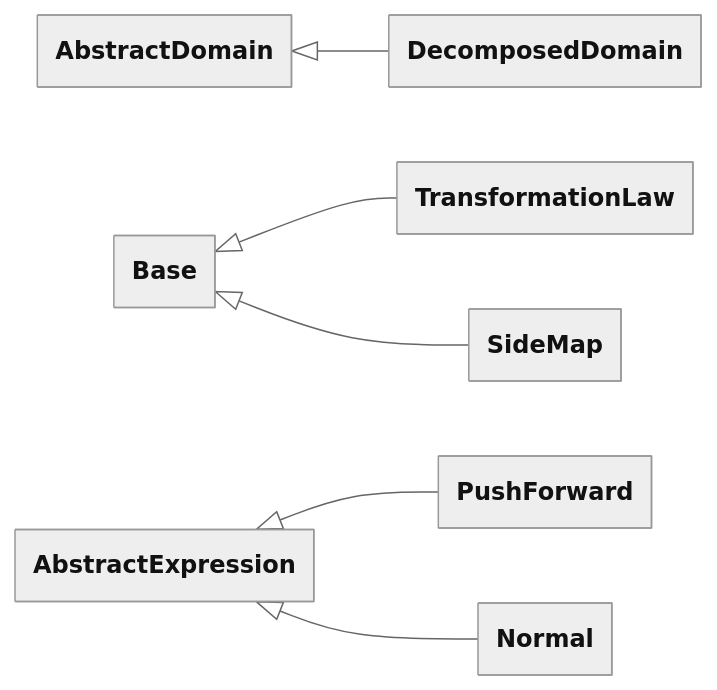
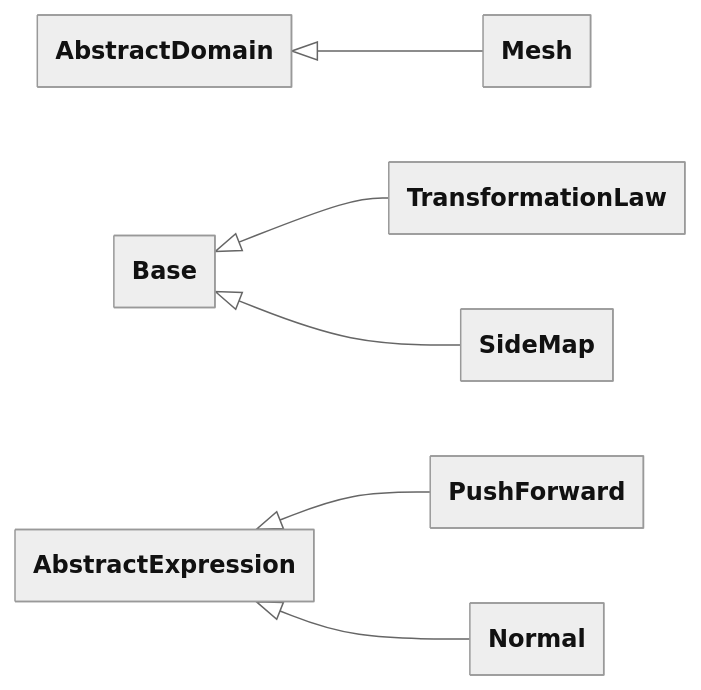
One commit to FEniCS/uflx changed the tenth of 12 diagrams in design/language.md. Above: the diagram before and after it, drawn with Mermaid. The commit also changed other lines of this file and 1 other file, not shown here.

Commit message:
Remove DecomposedDomain in favour of Mesh, and add constraints.

````diff
--- a/design/language.md
+++ b/design/language.md
@@ -4336,19 +4352,19 @@
 ```mermaid
 ---
 config:
   theme: neutral
   look: classic
   class:
     theme: neutral
     look: classic
     hideEmptyMembersBox: true
 ---
 classDiagram
     direction LR
-    accTitle: Decomposed domains class hierarchy
-    AbstractDomain <|-- DecomposedDomain
+    accTitle: Meshes class hierarchy
+    AbstractDomain <|-- Mesh
     Base <|-- TransformationLaw
     AbstractExpression <|-- PushForward
     Base <|-- SideMap
     AbstractExpression <|-- Normal
 ```
````
